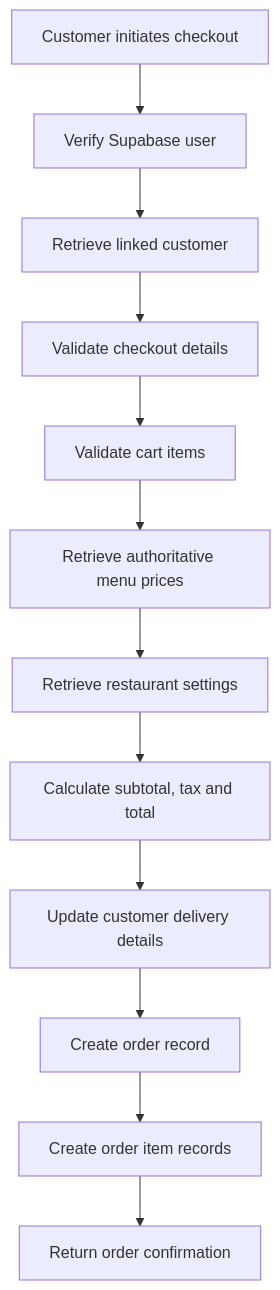
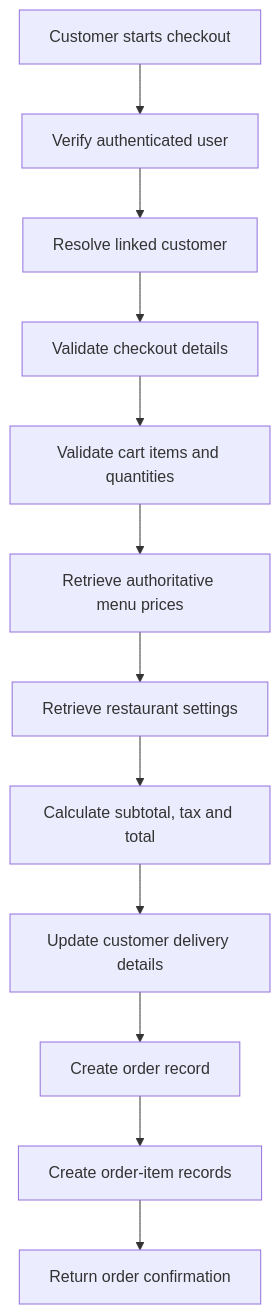
Before and after one commit to ashwin8223/tasty-treat-website: the fifth of 6 diagrams in README.md, drawn with Mermaid. The commit also changed other lines of this file and 25 other files, not shown here.

````diff
--- a/README.md
+++ b/README.md
@@ -336,27 +281,14 @@
 ```mermaid
 flowchart TD
-    START["Customer initiates checkout"]
-    AUTH["Verify Supabase user"]
-    CUSTOMER["Retrieve linked customer"]
-    DETAILS["Validate checkout details"]
-    ITEMS["Validate cart items"]
-    PRICE["Retrieve authoritative menu prices"]
-    SETTINGS["Retrieve restaurant settings"]
-    TOTAL["Calculate subtotal, tax and total"]
-    PROFILE["Update customer delivery details"]
-    ORDER["Create order record"]
-    ORDERITEMS["Create order item records"]
-    SUCCESS["Return order confirmation"]
-
-    START --> AUTH
-    AUTH --> CUSTOMER
-    CUSTOMER --> DETAILS
-    DETAILS --> ITEMS
-    ITEMS --> PRICE
-    PRICE --> SETTINGS
-    SETTINGS --> TOTAL
-    TOTAL --> PROFILE
-    PROFILE --> ORDER
-    ORDER --> ORDERITEMS
-    ORDERITEMS --> SUCCESS
+    START["Customer starts checkout"] --> AUTH["Verify authenticated user"]
+    AUTH --> CUSTOMER["Resolve linked customer"]
+    CUSTOMER --> DETAILS["Validate checkout details"]
+    DETAILS --> CART["Validate cart items and quantities"]
+    CART --> PRICE["Retrieve authoritative menu prices"]
+    PRICE --> SETTINGS["Retrieve restaurant settings"]
+    SETTINGS --> TOTAL["Calculate subtotal, tax and total"]
+    TOTAL --> PROFILE["Update customer delivery details"]
+    PROFILE --> ORDER["Create order record"]
+    ORDER --> ITEMS["Create order-item records"]
+    ITEMS --> SUCCESS["Return order confirmation"]
 ```
````
